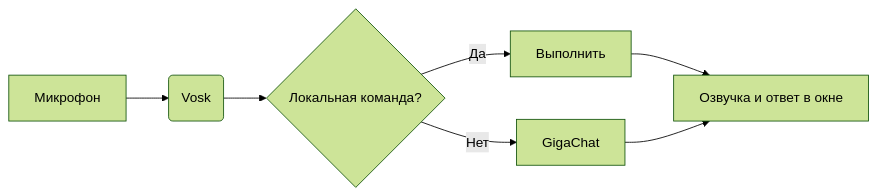
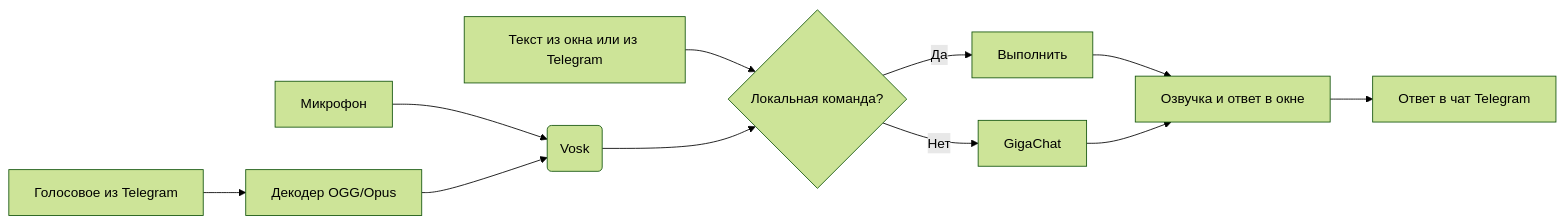
The diagram in README.md (Inlerno/Voice_Assistant), drawn with Mermaid (forest theme) before and after one commit. The commit also changed other lines of this file and 12 other files, not shown here.

````diff
--- a/README.md
+++ b/README.md
@@ -326,9 +405,12 @@
 ```mermaid
 graph LR
   A[Микрофон] --> B(Vosk)
+  T[Голосовое из Telegram] --> W[Декодер OGG/Opus] --> B
+  X[Текст из окна или из Telegram] --> C
   B --> C{Локальная команда?}
   C -->|Да| D[Выполнить]
   C -->|Нет| E[ GigaChat]
   D --> F[Озвучка и ответ в окне]
   E --> F
+  F --> G[Ответ в чат Telegram]
 ```
````
